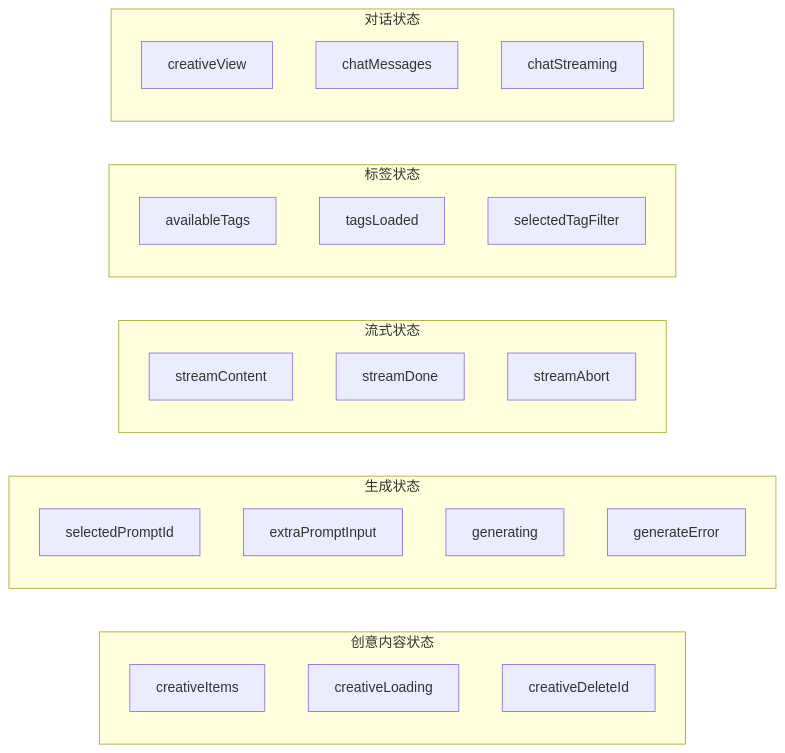
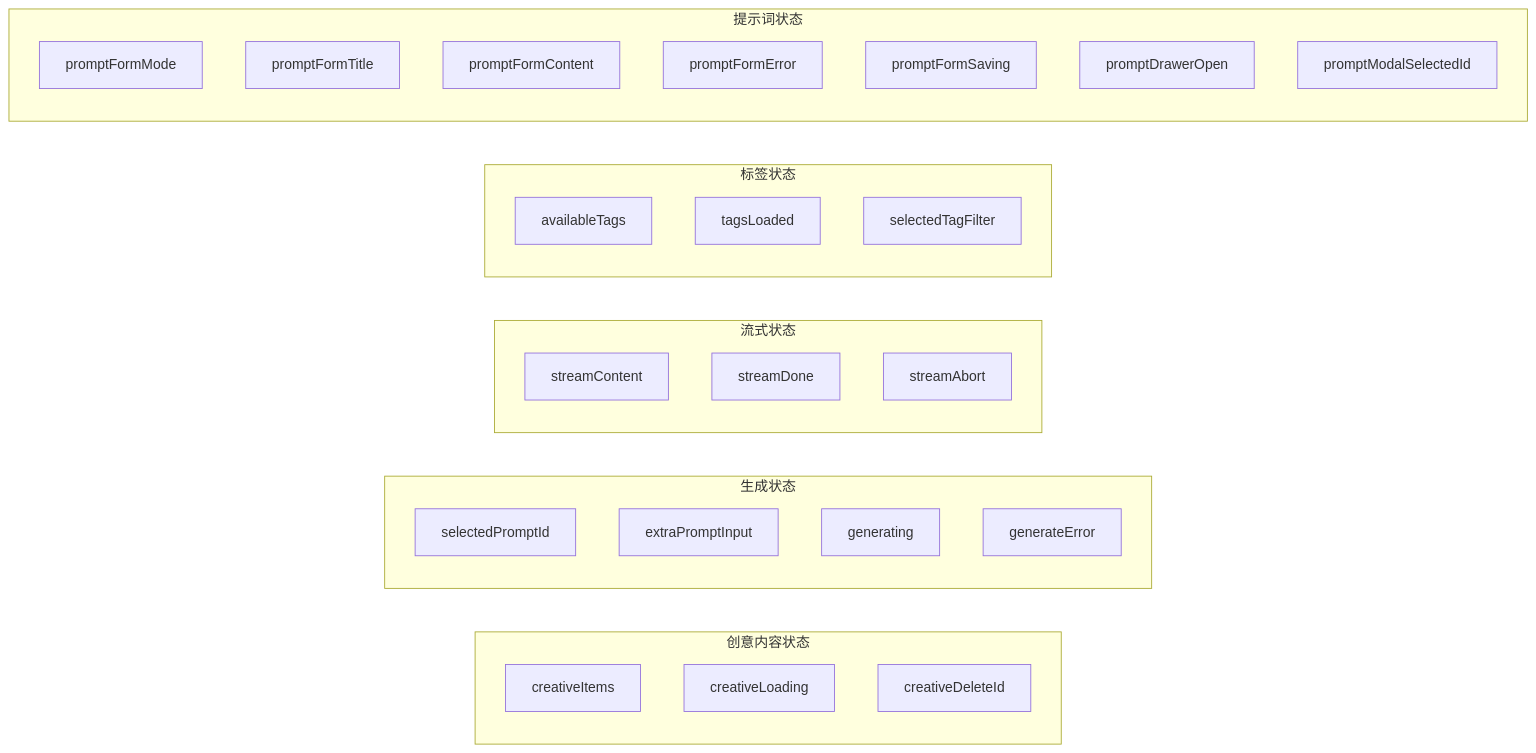
One commit to BlackBoxRecorder/memos changed the sixth of 8 diagrams in .qoder/repowiki/zh/content/开发指南/代码结构与规范/目录结构组织/创意页面优化设计规范.md. Above: the diagram before and after it, drawn with Mermaid. The commit also changed other lines of this file and 7 other files, not shown here.

````diff
--- a/.qoder/repowiki/zh/content/开发指南/代码结构与规范/目录结构组织/创意页面优化设计规范.md
+++ b/.qoder/repowiki/zh/content/开发指南/代码结构与规范/目录结构组织/创意页面优化设计规范.md
@@ -253,29 +249,33 @@
 ```mermaid
 graph LR
 subgraph "创意内容状态"
 CI[creativeItems]
 CL[creativeLoading]
 CD[creativeDeleteId]
 end
 subgraph "生成状态"
 SPI[selectedPromptId]
 EPI[extraPromptInput]
 GEN[generating]
 GE[generateError]
 end
 subgraph "流式状态"
 SC[streamContent]
 SD[streamDone]
 SA[streamAbort]
 end
 subgraph "标签状态"
 AT[availableTags]
 SL[tagsLoaded]
 STF[selectedTagFilter]
 end
-subgraph "对话状态"
-CV[creativeView]
-CM[chatMessages]
-CS[chatStreaming]
+subgraph "提示词状态"
+PFM[promptFormMode]
+PFT[promptFormTitle]
+PFC[promptFormContent]
+PFE[promptFormError]
+PFS[promptFormSaving]
+PDO[promptDrawerOpen]
+PMS[promptModalSelectedId]
 end
 ```
````
